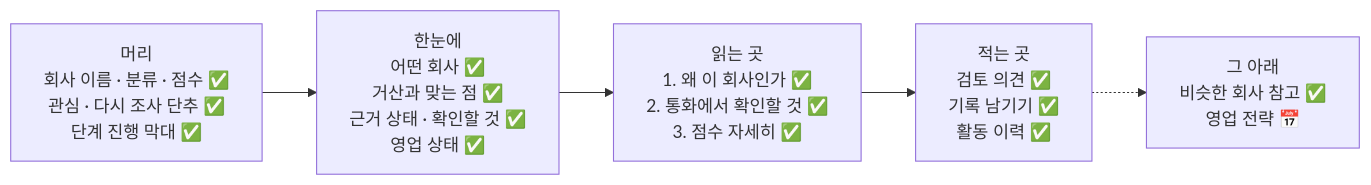
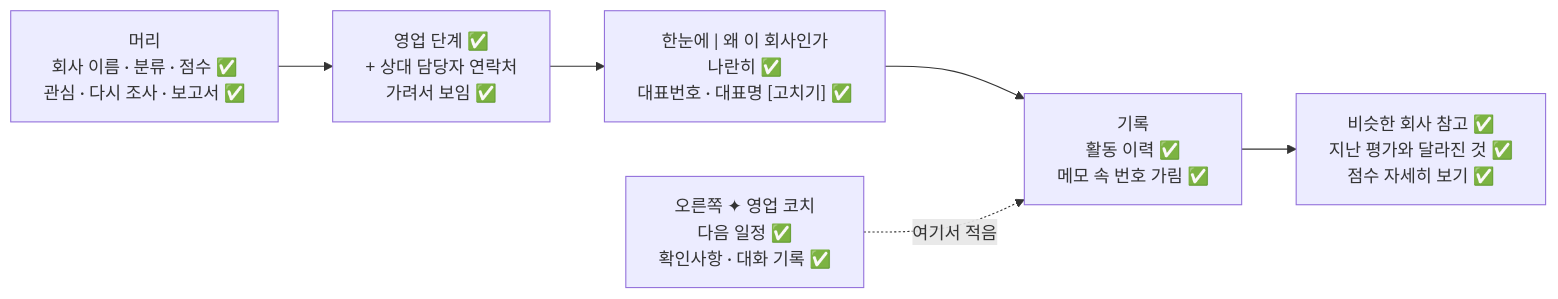
Before and after one commit to agent-ddalgi-team/final-geosan: the fourth of 4 diagrams in docs/map/feature-map.md, drawn with Mermaid. The commit also changed other lines of this file and 5 other files, not shown here.

````diff
--- a/docs/map/feature-map.md
+++ b/docs/map/feature-map.md
@@ -238,10 +238,11 @@
 ```mermaid
 flowchart LR
-    H["머리<br/>회사 이름 · 분류 · 점수 ✅<br/>관심 · 다시 조사 단추 ✅<br/>단계 진행 막대 ✅"]
-    G["한눈에<br/>어떤 회사 ✅<br/>거산과 맞는 점 ✅<br/>근거 상태 · 확인할 것 ✅<br/>영업 상태 ✅"]
-    R["읽는 곳<br/>1. 왜 이 회사인가 ✅<br/>2. 통화에서 확인할 것 ✅<br/>3. 점수 자세히 ✅"]
-    W["적는 곳<br/>검토 의견 ✅<br/>기록 남기기 ✅<br/>활동 이력 ✅"]
-    K["그 아래<br/>비슷한 회사 참고 ✅<br/>영업 전략 📅"]
-    H --> G --> R --> W
-    W -.-> K
+    H["머리<br/>회사 이름 · 분류 · 점수 ✅<br/>관심 · 다시 조사 · 보고서 ✅"]
+    T["영업 단계 ✅<br/>+ 상대 담당자 연락처<br/>가려서 보임 ✅"]
+    G["한눈에 | 왜 이 회사인가<br/>나란히 ✅<br/>대표번호 · 대표명 [고치기] ✅"]
+    W["기록<br/>활동 이력 ✅<br/>메모 속 번호 가림 ✅"]
+    K["비슷한 회사 참고 ✅<br/>지난 평가와 달라진 것 ✅<br/>점수 자세히 보기 ✅"]
+    C["오른쪽 ✦ 영업 코치<br/>다음 일정 ✅<br/>확인사항 · 대화 기록 ✅"]
+    H --> T --> G --> W --> K
+    C -.->|"여기서 적음"| W
 ```
````
